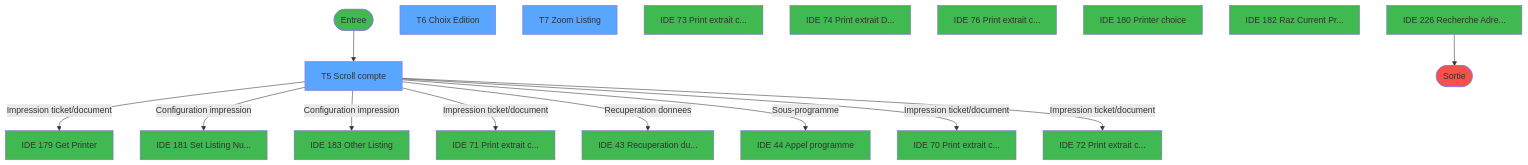
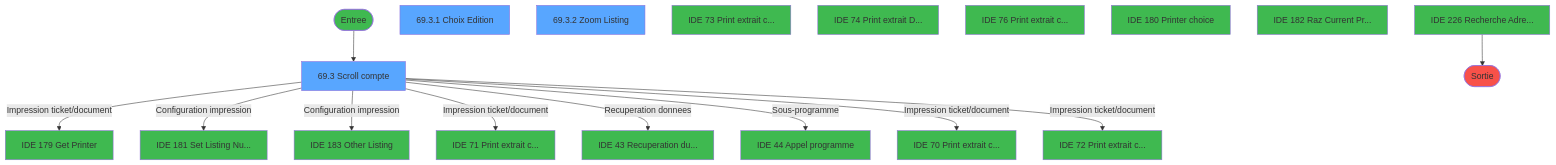
Before and after one commit to thonyAGP/lecteur-magic: the first of 4 diagrams in .openspec/specs/ADH-IDE-69.md, drawn with Mermaid. The commit also changed other lines of this file and 493 other files, not shown here.

````diff
--- a/.openspec/specs/ADH-IDE-69.md
+++ b/.openspec/specs/ADH-IDE-69.md
@@ -1170,51 +1192,51 @@
 ```mermaid
 flowchart TD
     START([Entree])
     style START fill:#3fb950
-    VF5[T5 Scroll compte]
+    VF5[69.3 Scroll compte]
     style VF5 fill:#58a6ff
-    VF6[T6 Choix Edition]
+    VF6[69.3.1 Choix Edition]
     style VF6 fill:#58a6ff
-    VF7[T7 Zoom Listing]
+    VF7[69.3.2 Zoom Listing]
     style VF7 fill:#58a6ff
     EXT179[IDE 179 Get Printer]
     style EXT179 fill:#3fb950
     EXT181[IDE 181 Set Listing Nu...]
     style EXT181 fill:#3fb950
     EXT183[IDE 183 Other Listing]
     style EXT183 fill:#3fb950
     EXT71[IDE 71 Print extrait c...]
     style EXT71 fill:#3fb950
     EXT43[IDE 43 Recuperation du...]
     style EXT43 fill:#3fb950
     EXT44[IDE 44 Appel programme]
     style EXT44 fill:#3fb950
     EXT70[IDE 70 Print extrait c...]
     style EXT70 fill:#3fb950
     EXT72[IDE 72 Print extrait c...]
     style EXT72 fill:#3fb950
     EXT73[IDE 73 Print extrait c...]
     style EXT73 fill:#3fb950
     EXT74[IDE 74 Print extrait D...]
     style EXT74 fill:#3fb950
     EXT76[IDE 76 Print extrait c...]
     style EXT76 fill:#3fb950
     EXT180[IDE 180 Printer choice]
     style EXT180 fill:#3fb950
     EXT182[IDE 182 Raz Current Pr...]
     style EXT182 fill:#3fb950
     EXT226[IDE 226 Recherche Adre...]
     style EXT226 fill:#3fb950
     FIN([Sortie])
     style FIN fill:#f85149
     START --> VF5
     VF5 -->|Impression ticket/document| EXT179
     VF5 -->|Configuration impression| EXT181
     VF5 -->|Configuration impression| EXT183
     VF5 -->|Impression ticket/document| EXT71
     VF5 -->|Recuperation donnees| EXT43
     VF5 -->|Sous-programme| EXT44
     VF5 -->|Impression ticket/document| EXT70
     VF5 -->|Impression ticket/document| EXT72
     EXT226 --> FIN
 ```
````
